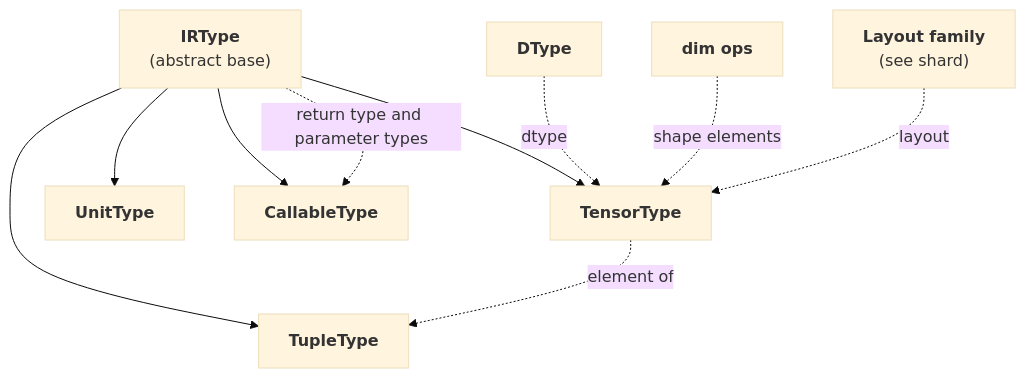
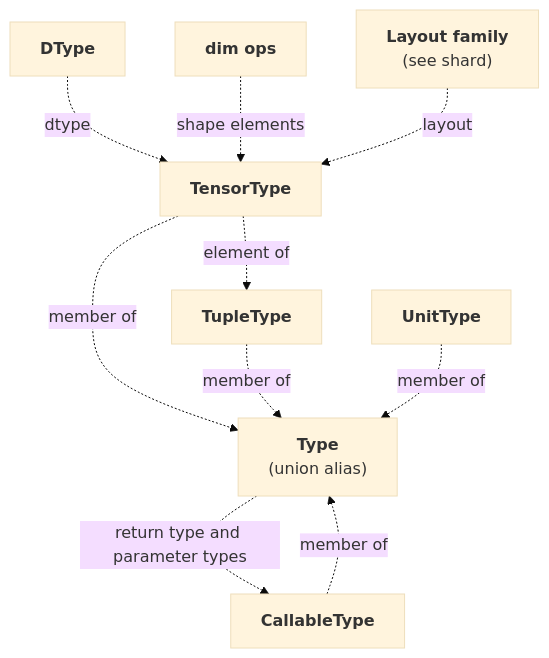
One commit to UranusSeven/TileFoundry changed the diagram in docs/spec/types.md. Above: the diagram before and after it, drawn with Mermaid (base theme). The commit also changed other lines of this file and 20 other files, not shown here.

````diff
--- a/docs/spec/types.md
+++ b/docs/spec/types.md
@@ -3,24 +3,24 @@
 ```mermaid
 flowchart TB
-    IRType["<b>IRType</b><br/>(abstract base)"]
+    Type["<b>Type</b><br/>(union alias)"]
     TensorType["<b>TensorType</b>"]
     TupleType["<b>TupleType</b>"]
     UnitType["<b>UnitType</b>"]
     CallableType["<b>CallableType</b>"]
 
     DType["<b>DType</b>"]
     dim["<b>dim ops</b>"]
     Layout["<b>Layout family</b><br/>(see shard)"]
 
-    IRType --> TensorType
-    IRType --> TupleType
-    IRType --> UnitType
-    IRType --> CallableType
+    TensorType -. member of .-> Type
+    TupleType -. member of .-> Type
+    UnitType -. member of .-> Type
+    CallableType -. member of .-> Type
 
     DType -. dtype .-> TensorType
     dim -. shape elements .-> TensorType
     Layout -. layout .-> TensorType
 
     TensorType -. element of .-> TupleType
-    IRType -. return type and parameter types .-> CallableType
+    Type -. return type and parameter types .-> CallableType
 ```
````
